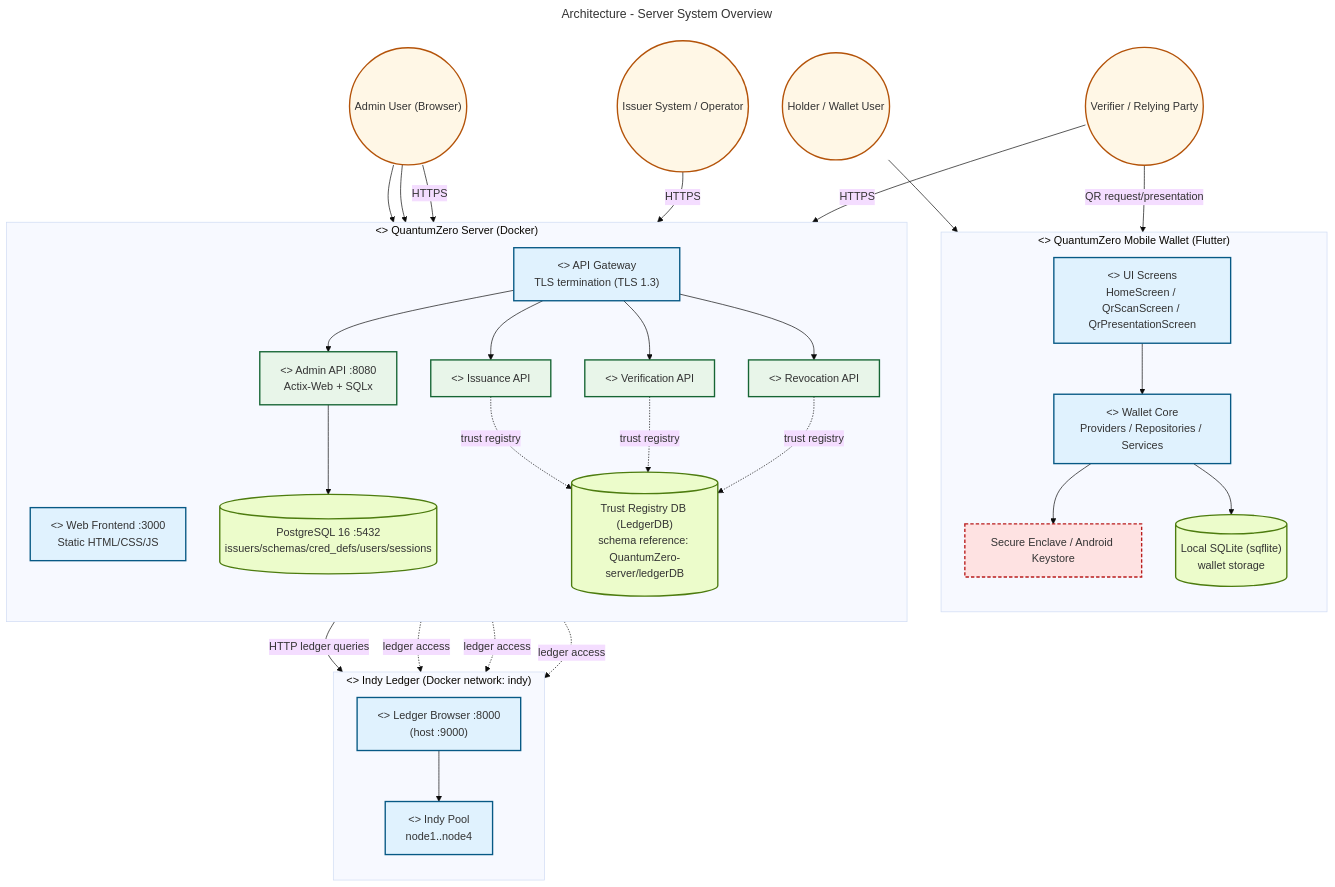
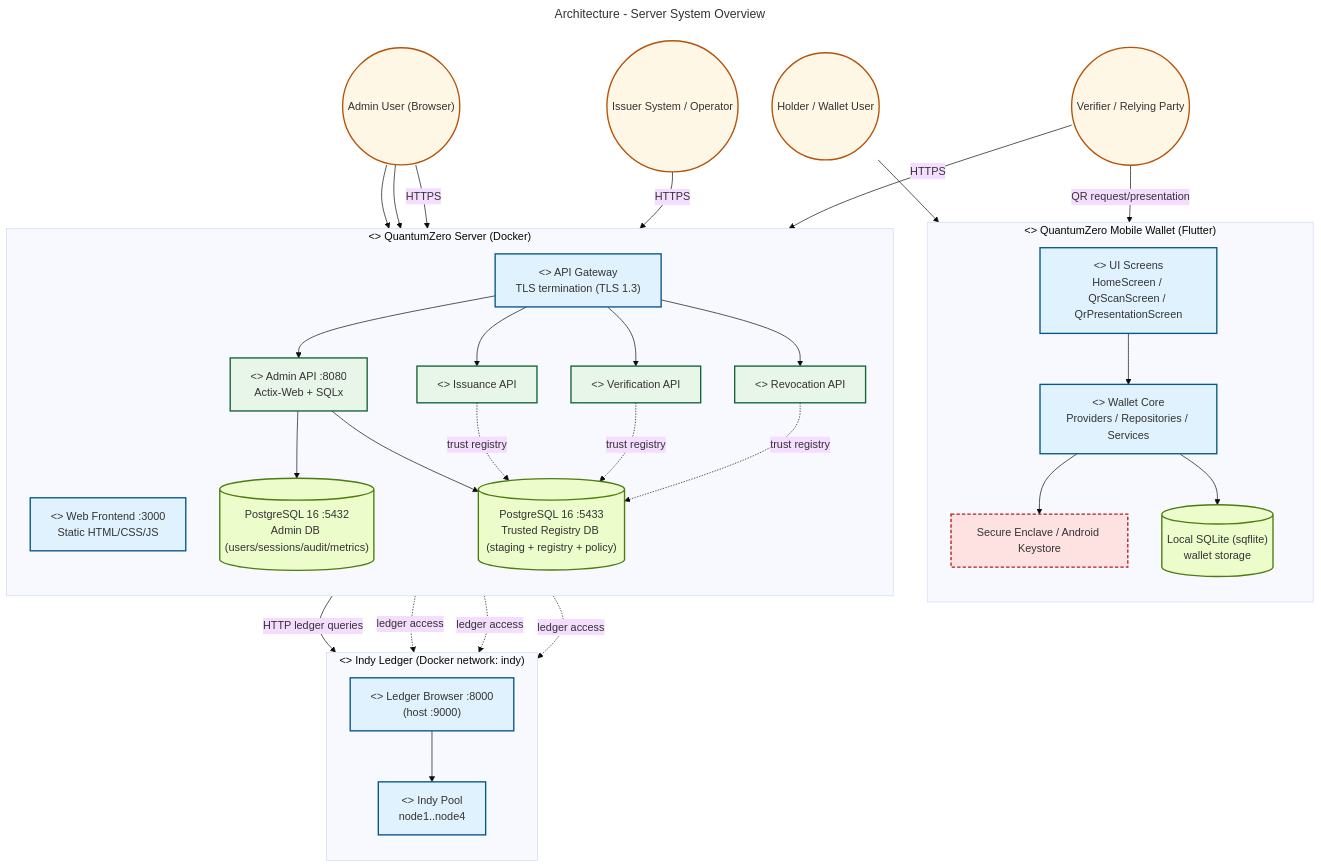
Before and after one commit to CHATEAUFORGE-LLC/QuantumZero: the diagram in diagrams/architecture-server-system-overview.mmd, drawn with Mermaid. The commit also changed 21 other files, not shown here.

```diff
--- a/diagrams/architecture-server-system-overview.mmd
+++ b/diagrams/architecture-server-system-overview.mmd
@@ -1,82 +1,83 @@
 ---
 title: Architecture - Server System Overview
 config:
   theme: base
 ---
 %% QuantumZero UML palette note: actors/external=#fff7e6/#b45309, system/component=#e0f2fe/#075985, datastore=#ecfccb/#4d7c0f, notes=#fff9c4/#d97706. Aligns diagrams to Deliverable 1 UML/DFD theme.
 %% Related: diagrams/component-system-complete.mmd (system components), diagrams/component-mobile-layers.mmd (mobile internals), diagrams/component-server-overview.mmd (server service boundaries), diagrams/deployment-server-infrastructure.mmd (deployment)
 flowchart TB
     %% QuantumZero UML palette (standardized)
     classDef actor fill:#fff7e6,stroke:#b45309,stroke-width:2px
     classDef system fill:#eef2ff,stroke:#4338ca,stroke-width:2px
     classDef component fill:#e0f2fe,stroke:#075985,stroke-width:2px
     classDef service fill:#e8f5e9,stroke:#166534,stroke-width:2px
     classDef datastore fill:#ecfccb,stroke:#4d7c0f,stroke-width:2px
     classDef external fill:#fee2e2,stroke:#b91c1c,stroke-width:2px
     classDef security fill:#fee2e2,stroke:#b91c1c,stroke-width:2px,stroke-dasharray: 5 3
 
     %% Mobile boundary (QuantumZero-mobile baseline)
     subgraph Mobile["<<system>> QuantumZero Mobile Wallet (Flutter)"]
         direction TB
         UI["<<component>> UI Screens<br/>HomeScreen / QrScanScreen / QrPresentationScreen"]:::component
         Core["<<component>> Wallet Core<br/>Providers / Repositories / Services"]:::component
         LocalDB[("Local SQLite (sqflite)<br/>wallet storage")]:::datastore
         SE["Secure Enclave / Android Keystore"]:::security
     end
 
     %% Server boundary (QuantumZero-server baseline)
     subgraph Server["<<system>> QuantumZero Server (Docker)"]
         direction TB
         WebFrontend["<<component>> Web Frontend :3000<br/>Static HTML/CSS/JS"]:::component
         AdminAPI["<<component>> Admin API :8080<br/>Actix-Web + SQLx"]:::service
-        Postgres[("PostgreSQL 16 :5432<br/>issuers/schemas/cred_defs/users/sessions")]:::datastore
+        AdminDB[("PostgreSQL 16 :5432<br/>Admin DB (users/sessions/audit/metrics)")]:::datastore
 
         %% Target design: 4 API services behind a gateway
         Gateway["<<component>> API Gateway<br/>TLS termination (TLS 1.3)"]:::component
         IssuanceAPI["<<component>> Issuance API"]:::service
         VerificationAPI["<<component>> Verification API"]:::service
         RevocationAPI["<<component>> Revocation API"]:::service
-        TrustReg[("Trust Registry DB (LedgerDB)<br/>schema reference: QuantumZero-server/ledgerDB")]:::datastore
+        TrustReg[("PostgreSQL 16 :5433<br/>Trusted Registry DB (staging + registry + policy)")]:::datastore
     end
 
     %% Ledger boundary (external Docker network)
     subgraph Ledger["<<system>> Indy Ledger (Docker network: indy)"]
         direction TB
         LedgerBrowser["<<component>> Ledger Browser :8000<br/>(host :9000)"]:::component
         IndyPool["<<component>> Indy Pool<br/>node1..node4"]:::component
     end
 
     %% Actors
     Holder(("Holder / Wallet User")):::actor
     Verifier(("Verifier / Relying Party")):::actor
     Admin(("Admin User (Browser)")):::actor
     Issuer(("Issuer System / Operator")):::actor
 
     %% Flows
     Holder --> UI
     Verifier -- QR request/presentation --> UI
     UI --> Core
     Core --> SE
     Core --> LocalDB
 
     Admin --> WebFrontend
     Admin --> AdminAPI
-    AdminAPI --> Postgres
+    AdminAPI --> AdminDB
+    AdminAPI --> TrustReg
     AdminAPI -->|HTTP ledger queries| LedgerBrowser
     LedgerBrowser --> IndyPool
 
     %% Gateway routing and additional APIs
     Admin -->|HTTPS| Gateway
     Issuer -->|HTTPS| Gateway
     Verifier -->|HTTPS| Gateway
     Gateway --> AdminAPI
     Gateway --> IssuanceAPI
     Gateway --> VerificationAPI
     Gateway --> RevocationAPI
 
     IssuanceAPI -. ledger access .-> LedgerBrowser
     VerificationAPI -. ledger access .-> LedgerBrowser
     RevocationAPI -. ledger access .-> LedgerBrowser
     IssuanceAPI -. trust registry .-> TrustReg
     VerificationAPI -. trust registry .-> TrustReg
     RevocationAPI -. trust registry .-> TrustReg
```
